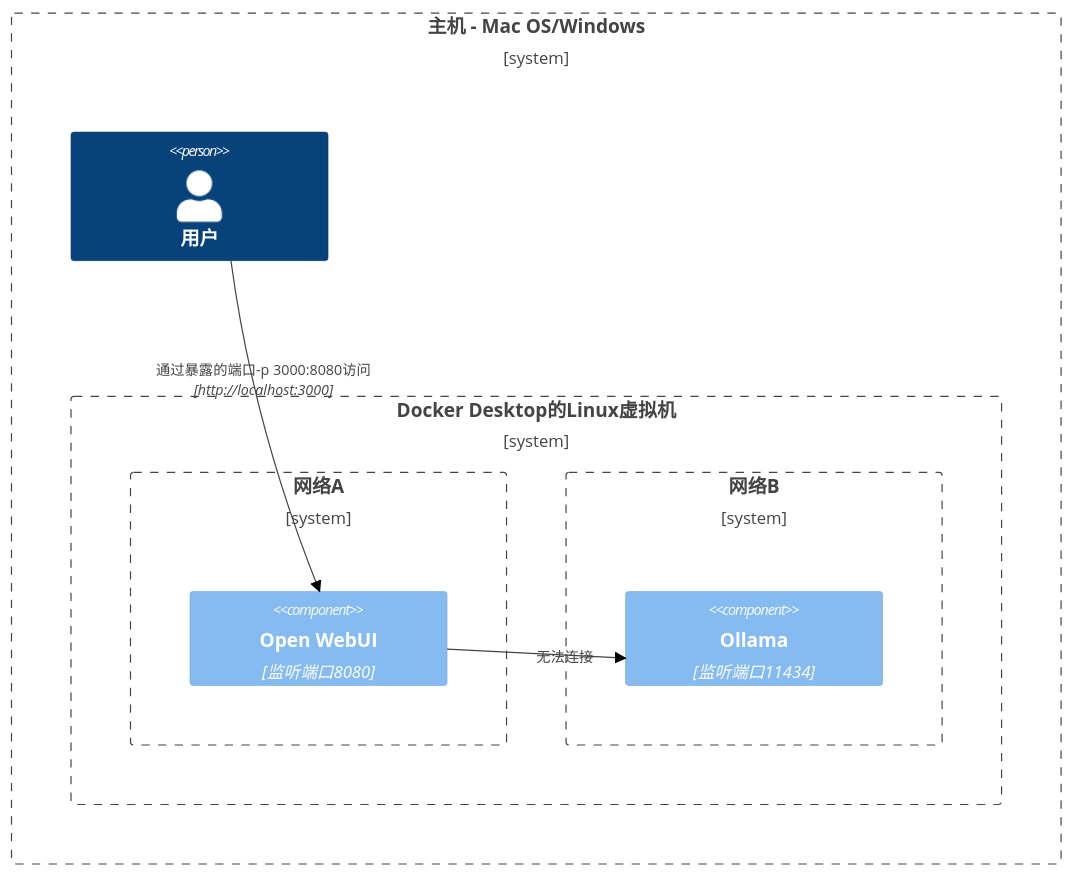
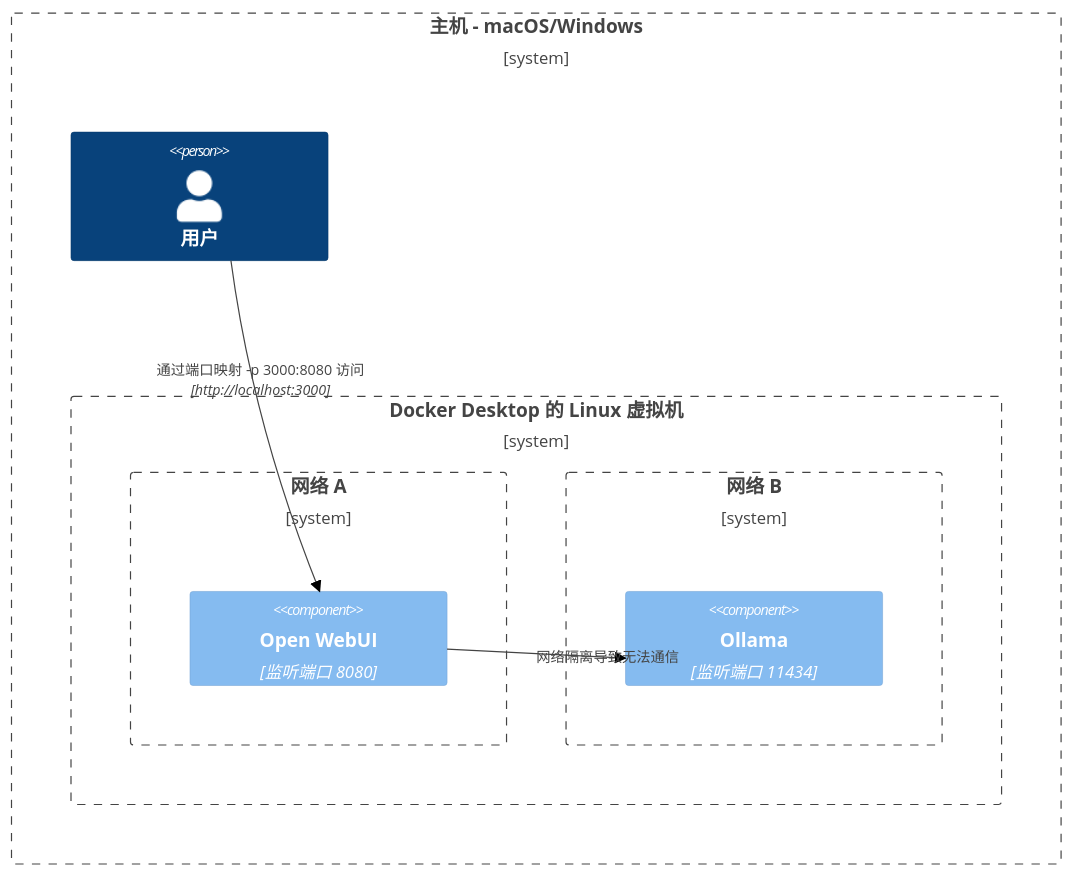
One commit to LazyG9/openwebui-doc-zh changed the third of 8 diagrams in docs/troubleshooting/network-diagrams.mdx. Above: the diagram before and after it, drawn with Mermaid (forest theme). The commit also changed other lines of this file and 151 other files, not shown here.

````diff
--- a/docs/troubleshooting/network-diagrams.mdx
+++ b/docs/troubleshooting/network-diagrams.mdx
@@ -52,17 +52,17 @@
 ```mermaid
 C4Context
-Boundary(b0, "主机 - Mac OS/Windows") {
+Boundary(b0, "主机 - macOS/Windows") {
    Person(user, "用户")
-   Boundary(b1, "Docker Desktop的Linux虚拟机") {
-      Boundary(b2, "网络A") {
-         Component(openwebui, "Open WebUI", "监听端口8080")
+   Boundary(b1, "Docker Desktop 的 Linux 虚拟机") {
+      Boundary(b2, "网络 A") {
+         Component(openwebui, "Open WebUI", "监听端口 8080")
       }
-      Boundary(b3, "网络B") {
-         Component(ollama, "Ollama", "监听端口11434")
+      Boundary(b3, "网络 B") {
+         Component(ollama, "Ollama", "监听端口 11434")
       }
    }
 }
-Rel(openwebui, ollama, "无法连接")
-Rel(user, openwebui, "通过暴露的端口-p 3000:8080访问", "http://localhost:3000")
+Rel(openwebui, ollama, "网络隔离导致无法通信")
+Rel(user, openwebui, "通过端口映射 -p 3000:8080 访问", "http://localhost:3000")
 UpdateRelStyle(user, openwebui, $offsetX="-100", $offsetY="-50")
 ```
````
